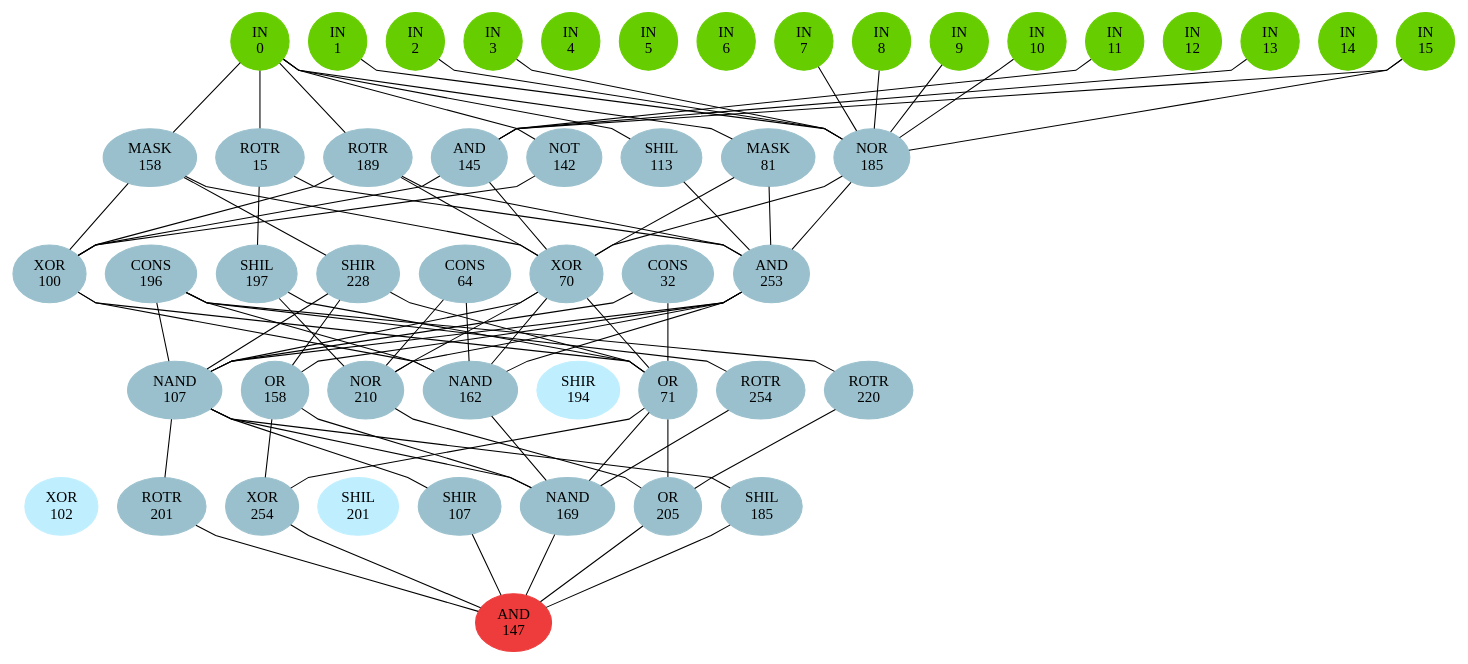
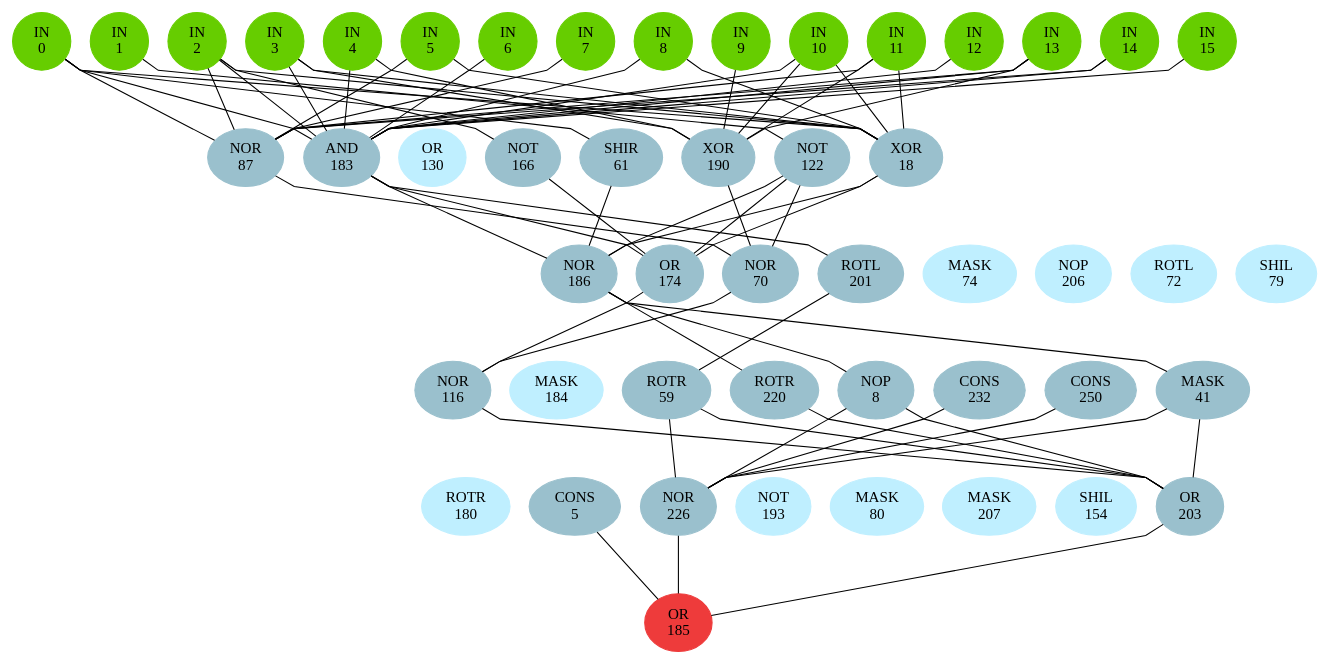
Before and after one commit to Bender250/master-thesis: the diagram in experiments/single-sol/tea/3/pruned_circuit.dot, drawn with Graphviz. The commit also changed 727 other files, not shown here.

```diff
--- a/experiments/single-sol/tea/3/pruned_circuit.dot
+++ b/experiments/single-sol/tea/3/pruned_circuit.dot
@@ -41,79 +41,79 @@
 }
 { rank=same;
 node [color=lightblue3];
-"0_0"[label="MASK\n158"];
+"0_0"[label="NOR\n87"];
 node [color=lightblue3];
-"0_1"[label="ROTR\n15"];
+"0_1"[label="AND\n183"];
+node [color=lightblue1];
+"0_2"[label="OR\n130"];
 node [color=lightblue3];
-"0_2"[label="ROTR\n189"];
+"0_3"[label="NOT\n166"];
 node [color=lightblue3];
-"0_3"[label="AND\n145"];
+"0_4"[label="SHIR\n61"];
 node [color=lightblue3];
-"0_4"[label="NOT\n142"];
+"0_5"[label="XOR\n190"];
 node [color=lightblue3];
-"0_5"[label="SHIL\n113"];
+"0_6"[label="NOT\n122"];
 node [color=lightblue3];
-"0_6"[label="MASK\n81"];
-node [color=lightblue3];
-"0_7"[label="NOR\n185"];
+"0_7"[label="XOR\n18"];
 }
 { rank=same;
 node [color=lightblue3];
-"1_0"[label="XOR\n100"];
+"1_0"[label="NOR\n186"];
 node [color=lightblue3];
-"1_1"[label="CONS\n196"];
+"1_1"[label="OR\n174"];
 node [color=lightblue3];
-"1_2"[label="SHIL\n197"];
+"1_2"[label="NOR\n70"];
 node [color=lightblue3];
-"1_3"[label="SHIR\n228"];
-node [color=lightblue3];
-"1_4"[label="CONS\n64"];
-node [color=lightblue3];
-"1_5"[label="XOR\n70"];
-node [color=lightblue3];
-"1_6"[label="CONS\n32"];
-node [color=lightblue3];
-"1_7"[label="AND\n253"];
+"1_3"[label="ROTL\n201"];
+node [color=lightblue1];
+"1_4"[label="MASK\n74"];
+node [color=lightblue1];
+"1_5"[label="NOP\n206"];
+node [color=lightblue1];
+"1_6"[label="ROTL\n72"];
+node [color=lightblue1];
+"1_7"[label="SHIL\n79"];
 }
 { rank=same;
 node [color=lightblue3];
-"2_0"[label="NAND\n107"];
+"2_0"[label="NOR\n116"];
+node [color=lightblue1];
+"2_1"[label="MASK\n184"];
 node [color=lightblue3];
-"2_1"[label="OR\n158"];
+"2_2"[label="ROTR\n59"];
 node [color=lightblue3];
-"2_2"[label="NOR\n210"];
+"2_3"[label="ROTR\n220"];
 node [color=lightblue3];
-"2_3"[label="NAND\n162"];
-node [color=lightblue1];
-"2_4"[label="SHIR\n194"];
+"2_4"[label="NOP\n8"];
 node [color=lightblue3];
-"2_5"[label="OR\n71"];
+"2_5"[label="CONS\n232"];
 node [color=lightblue3];
-"2_6"[label="ROTR\n254"];
+"2_6"[label="CONS\n250"];
 node [color=lightblue3];
-"2_7"[label="ROTR\n220"];
+"2_7"[label="MASK\n41"];
 }
 { rank=same;
 node [color=lightblue1];
-"3_0"[label="XOR\n102"];
+"3_0"[label="ROTR\n180"];
 node [color=lightblue3];
-"3_1"[label="ROTR\n201"];
+"3_1"[label="CONS\n5"];
 node [color=lightblue3];
-"3_2"[label="XOR\n254"];
+"3_2"[label="NOR\n226"];
 node [color=lightblue1];
-"3_3"[label="SHIL\n201"];
+"3_3"[label="NOT\n193"];
+node [color=lightblue1];
+"3_4"[label="MASK\n80"];
+node [color=lightblue1];
+"3_5"[label="MASK\n207"];
+node [color=lightblue1];
+"3_6"[label="SHIL\n154"];
 node [color=lightblue3];
-"3_4"[label="SHIR\n107"];
-node [color=lightblue3];
-"3_5"[label="NAND\n169"];
-node [color=lightblue3];
-"3_6"[label="OR\n205"];
-node [color=lightblue3];
-"3_7"[label="SHIL\n185"];
+"3_7"[label="OR\n203"];
 }
 { rank=same;
 node [color=brown2];
-"4_0"[label="AND\n147"];
+"4_0"[label="OR\n185"];
 }
 edge[style=invis];
 "-1_0" -- "-1_1" -- "-1_2" -- "-1_3" -- "-1_4" -- "-1_5" -- "-1_6" -- "-1_7" -- "-1_8" -- "-1_9" -- "-1_10" -- "-1_11" -- "-1_12" -- "-1_13" -- "-1_14" -- "-1_15";
@@ -124,78 +124,68 @@
 "4_0" -- "4_0";
 edge[style=solid];
 "0_0" -- "-1_0";
+"0_0" -- "-1_2";
+"0_0" -- "-1_5";
+"0_0" -- "-1_7";
+"0_0" -- "-1_11";
+"0_0" -- "-1_13";
+"0_0" -- "-1_14";
 "0_1" -- "-1_0";
-"0_2" -- "-1_0";
-"0_3" -- "-1_11";
-"0_3" -- "-1_13";
-"0_3" -- "-1_15";
+"0_1" -- "-1_2";
+"0_1" -- "-1_3";
+"0_1" -- "-1_4";
+"0_1" -- "-1_6";
+"0_1" -- "-1_8";
+"0_1" -- "-1_10";
+"0_1" -- "-1_12";
+"0_1" -- "-1_13";
+"0_1" -- "-1_14";
+"0_1" -- "-1_15";
+"0_3" -- "-1_2";
 "0_4" -- "-1_0";
-"0_5" -- "-1_0";
-"0_6" -- "-1_0";
-"0_7" -- "-1_1";
+"0_5" -- "-1_3";
+"0_5" -- "-1_4";
+"0_5" -- "-1_9";
+"0_5" -- "-1_10";
+"0_5" -- "-1_11";
+"0_5" -- "-1_13";
+"0_6" -- "-1_1";
+"0_7" -- "-1_0";
 "0_7" -- "-1_2";
 "0_7" -- "-1_3";
-"0_7" -- "-1_7";
+"0_7" -- "-1_5";
 "0_7" -- "-1_8";
-"0_7" -- "-1_9";
 "0_7" -- "-1_10";
-"0_7" -- "-1_15";
-"1_0" -- "0_0";
-"1_0" -- "0_2";
-"1_0" -- "0_3";
+"0_7" -- "-1_11";
+"1_0" -- "0_1";
 "1_0" -- "0_4";
-"1_2" -- "0_1";
-"1_3" -- "0_0";
-"1_5" -- "0_0";
-"1_5" -- "0_2";
-"1_5" -- "0_3";
-"1_5" -- "0_6";
-"1_5" -- "0_7";
-"1_7" -- "0_1";
-"1_7" -- "0_2";
-"1_7" -- "0_5";
-"1_7" -- "0_6";
-"1_7" -- "0_7";
+"1_0" -- "0_6";
+"1_0" -- "0_7";
+"1_1" -- "0_1";
+"1_1" -- "0_3";
+"1_1" -- "0_6";
+"1_1" -- "0_7";
+"1_2" -- "0_0";
+"1_2" -- "0_5";
+"1_2" -- "0_6";
+"1_3" -- "0_1";
 "2_0" -- "1_1";
-"2_0" -- "1_3";
-"2_0" -- "1_5";
-"2_0" -- "1_6";
-"2_0" -- "1_7";
-"2_1" -- "1_3";
-"2_1" -- "1_7";
-"2_2" -- "1_2";
-"2_2" -- "1_4";
-"2_2" -- "1_5";
-"2_2" -- "1_7";
+"2_0" -- "1_2";
+"2_2" -- "1_3";
 "2_3" -- "1_0";
-"2_3" -- "1_1";
-"2_3" -- "1_4";
-"2_3" -- "1_5";
-"2_3" -- "1_7";
-"2_5" -- "1_0";
-"2_5" -- "1_2";
-"2_5" -- "1_3";
-"2_5" -- "1_5";
-"2_5" -- "1_6";
-"2_6" -- "1_1";
-"2_7" -- "1_1";
-"3_1" -- "2_0";
-"3_2" -- "2_1";
+"2_4" -- "1_0";
+"2_7" -- "1_0";
+"3_2" -- "2_2";
+"3_2" -- "2_4";
 "3_2" -- "2_5";
-"3_4" -- "2_0";
-"3_5" -- "2_0";
-"3_5" -- "2_1";
-"3_5" -- "2_3";
-"3_5" -- "2_5";
-"3_5" -- "2_6";
-"3_6" -- "2_2";
-"3_6" -- "2_5";
-"3_6" -- "2_7";
+"3_2" -- "2_6";
+"3_2" -- "2_7";
 "3_7" -- "2_0";
+"3_7" -- "2_2";
+"3_7" -- "2_3";
+"3_7" -- "2_4";
+"3_7" -- "2_7";
 "4_0" -- "3_1";
 "4_0" -- "3_2";
-"4_0" -- "3_4";
-"4_0" -- "3_5";
-"4_0" -- "3_6";
 "4_0" -- "3_7";
 }
```
